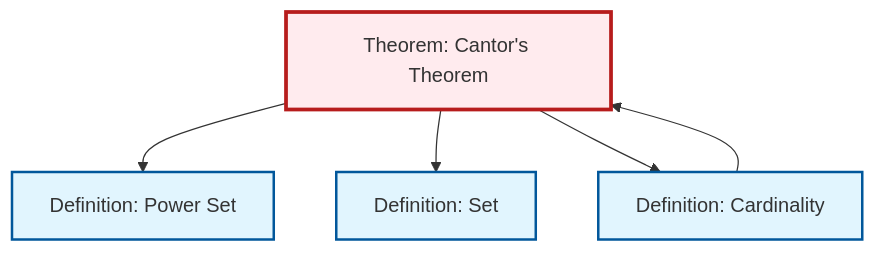
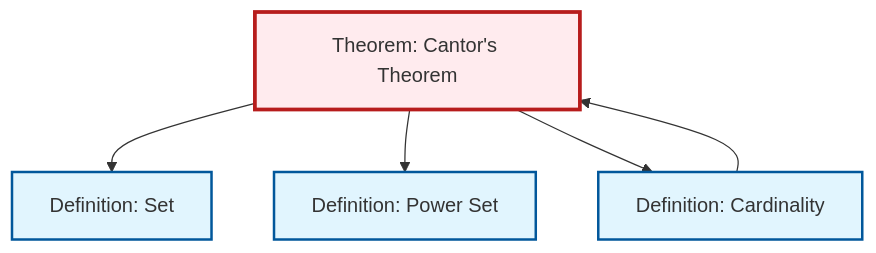
The second of 2 diagrams in content/ja/logic-set-theory/thm-cantor.qmd (RK0429/ModernMath), drawn with Mermaid before and after one commit. The commit also changed other lines of this file and 654 other files, not shown here.

````diff
--- a/content/ja/logic-set-theory/thm-cantor.qmd
+++ b/content/ja/logic-set-theory/thm-cantor.qmd
@@ -72,21 +72,21 @@
 ```{mermaid}
 %%| fig-cap: "Local dependency graph"
 graph TD
     classDef definition fill:#e1f5fe,stroke:#01579b,stroke-width:2px
     classDef theorem fill:#f3e5f5,stroke:#4a148c,stroke-width:2px
     classDef axiom fill:#fff3e0,stroke:#e65100,stroke-width:2px
     classDef example fill:#e8f5e9,stroke:#1b5e20,stroke-width:2px
     classDef current fill:#ffebee,stroke:#b71c1c,stroke-width:3px
+    def-set["Definition: Set"]:::definition
+    def-power-set["Definition: Power Set"]:::definition
     thm-cantor["Theorem: Cantor's Theorem"]:::theorem
-    def-power-set["Definition: Power Set"]:::definition
     def-cardinality["Definition: Cardinality"]:::definition
-    def-set["Definition: Set"]:::definition
+    thm-cantor --> def-set
+    def-cardinality --> thm-cantor
     thm-cantor --> def-power-set
-    thm-cantor --> def-set
     thm-cantor --> def-cardinality
-    def-cardinality --> thm-cantor
     class thm-cantor current
+    click def-set "def-set.html" "Definition: Setへ"
     click def-power-set "def-power-set.html" "Definition: Power Setへ"
     click def-cardinality "def-cardinality.html" "Definition: Cardinalityへ"
-    click def-set "def-set.html" "Definition: Setへ"
 ```
````
